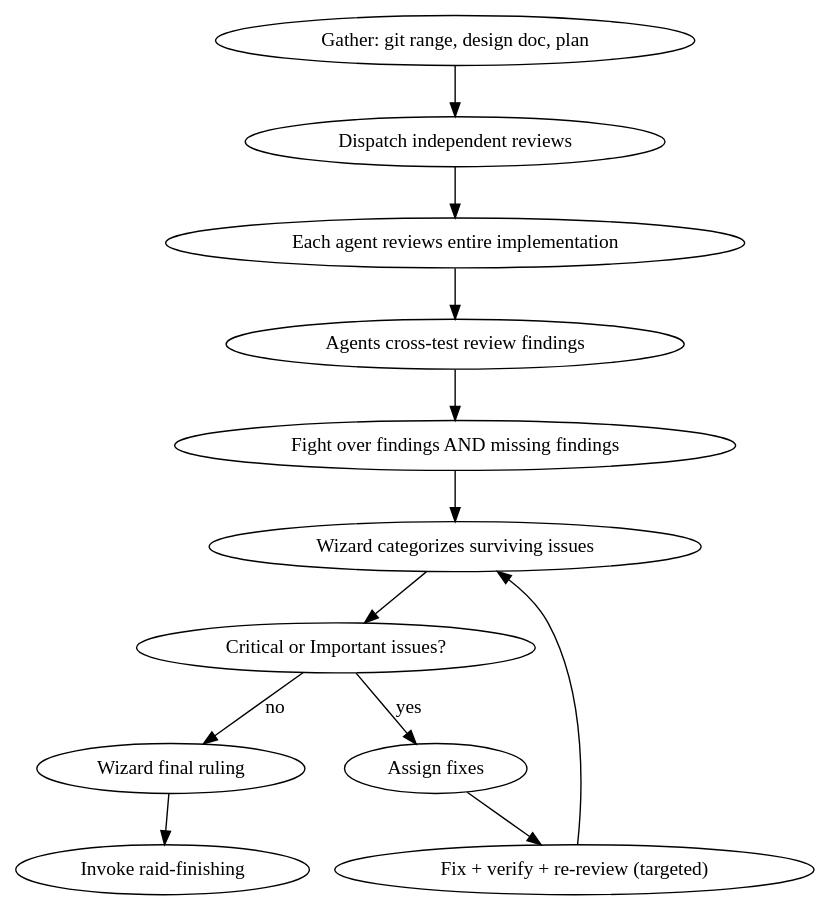
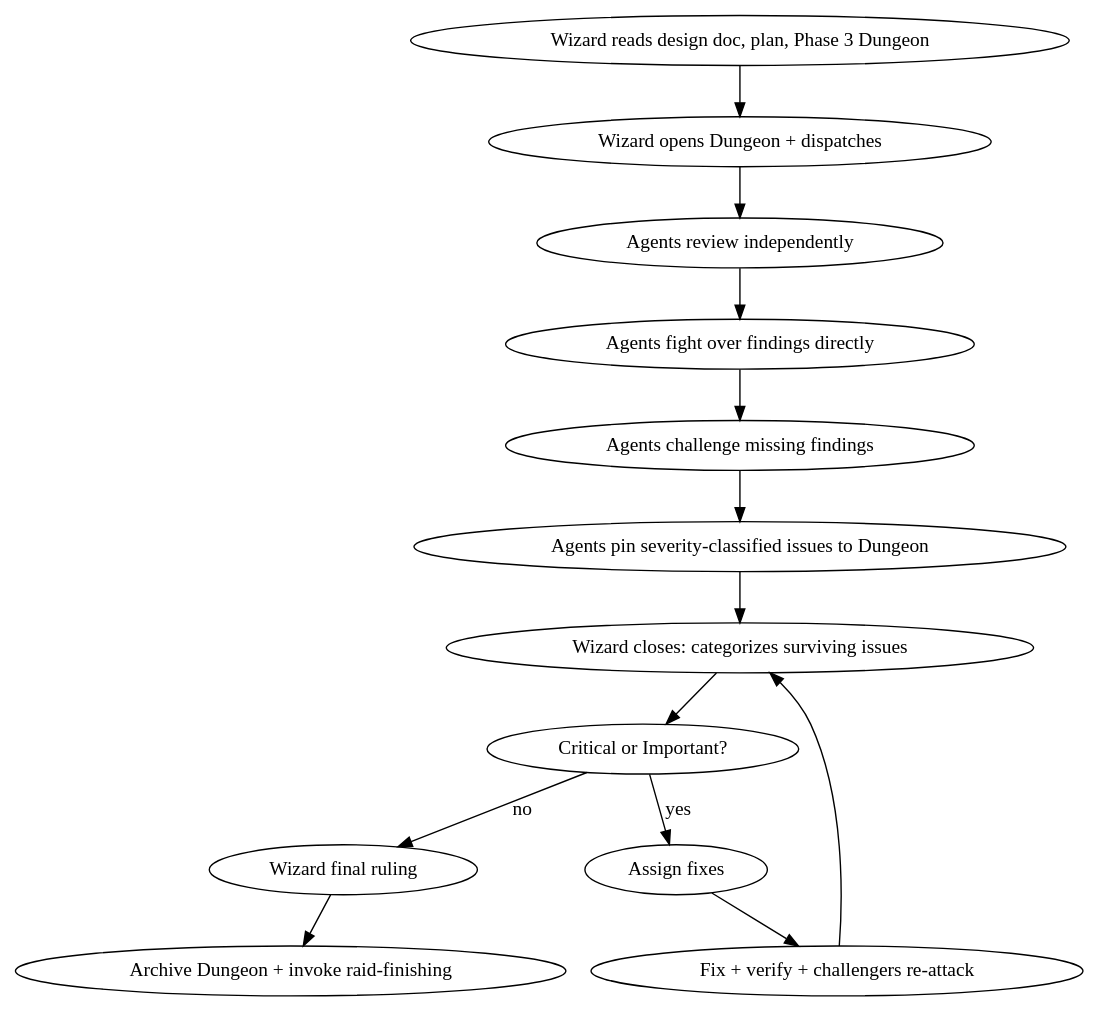
The diagram in template/.claude/skills/raid-review/SKILL.md (pedropicardi/claude-raid), drawn with Graphviz before and after one commit. The commit also changed other lines of this file, not shown here.

Commit message:
feat(skills): rewrite raid-review with direct agent fighting and Dungeon tracking

````diff
--- a/template/.claude/skills/raid-review/SKILL.md
+++ b/template/.claude/skills/raid-review/SKILL.md
@@ -22,15 +22,16 @@
 ```dot
 digraph review {
-  "Gather: git range, design doc, plan" -> "Dispatch independent reviews";
-  "Dispatch independent reviews" -> "Each agent reviews entire implementation";
-  "Each agent reviews entire implementation" -> "Agents cross-test review findings";
-  "Agents cross-test review findings" -> "Fight over findings AND missing findings";
-  "Fight over findings AND missing findings" -> "Wizard categorizes surviving issues";
-  "Wizard categorizes surviving issues" -> "Critical or Important issues?" [shape=diamond];
-  "Critical or Important issues?" -> "Assign fixes" [label="yes"];
-  "Assign fixes" -> "Fix + verify + re-review (targeted)";
-  "Fix + verify + re-review (targeted)" -> "Wizard categorizes surviving issues";
-  "Critical or Important issues?" -> "Wizard final ruling" [label="no"];
-  "Wizard final ruling" -> "Invoke raid-finishing" [shape=doublecircle];
+  "Wizard reads design doc, plan, Phase 3 Dungeon" -> "Wizard opens Dungeon + dispatches";
+  "Wizard opens Dungeon + dispatches" -> "Agents review independently";
+  "Agents review independently" -> "Agents fight over findings directly";
+  "Agents fight over findings directly" -> "Agents challenge missing findings";
+  "Agents challenge missing findings" -> "Agents pin severity-classified issues to Dungeon";
+  "Agents pin severity-classified issues to Dungeon" -> "Wizard closes: categorizes surviving issues";
+  "Wizard closes: categorizes surviving issues" -> "Critical or Important?" [shape=diamond];
+  "Critical or Important?" -> "Assign fixes" [label="yes"];
+  "Assign fixes" -> "Fix + verify + challengers re-attack";
+  "Fix + verify + challengers re-attack" -> "Wizard closes: categorizes surviving issues";
+  "Critical or Important?" -> "Wizard final ruling" [label="no"];
+  "Wizard final ruling" -> "Archive Dungeon + invoke raid-finishing" [shape=doublecircle];
 }
 ```
````
